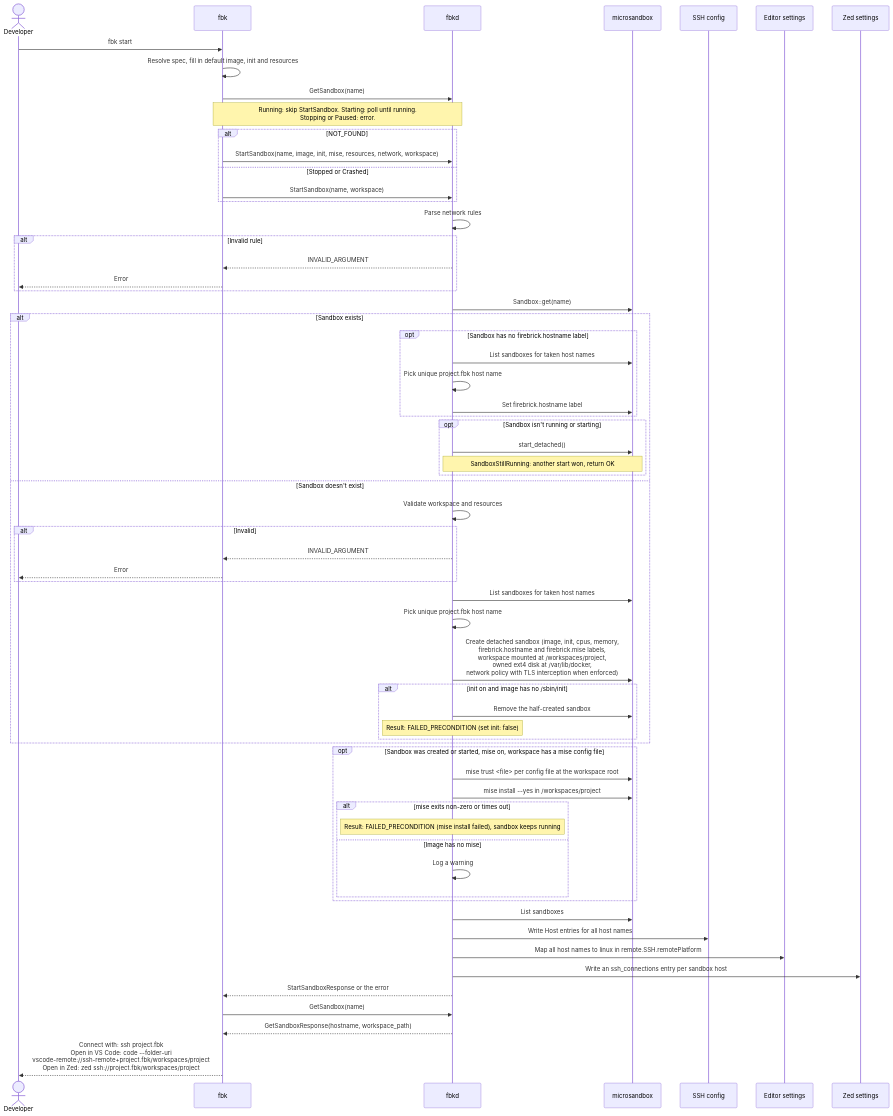
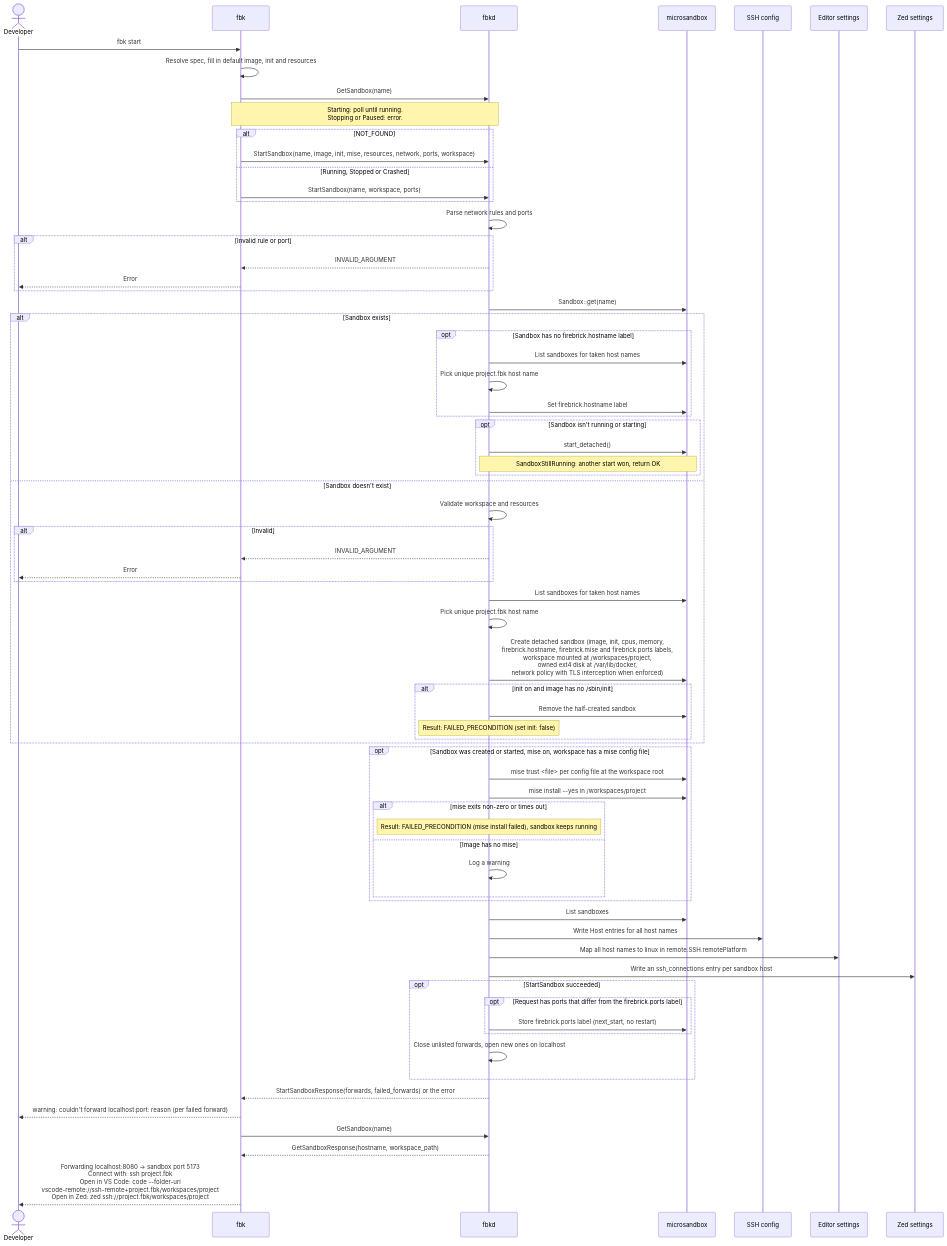
The fourth of 6 diagrams in docs/architecture/06-runtime-view.md (wmeints/anvil), drawn with Mermaid before and after one commit. The commit also changed other lines of this file and 14 other files, not shown here.

First line of the commit message:
feat(daemon): forward host ports to the sandbox from .firebrick.yml

````diff
--- a/docs/architecture/06-runtime-view.md
+++ b/docs/architecture/06-runtime-view.md
@@ -273,70 +321,77 @@
 ```mermaid
 sequenceDiagram
     actor Dev as Developer
     participant CLI as fbk
     participant D as fbkd
     participant MS as microsandbox
     participant SSH as SSH config
     participant Ed as Editor settings
     participant Zed as Zed settings
 
     Dev->>CLI: fbk start
     CLI->>CLI: Resolve spec, fill in default image, init and resources
     CLI->>D: GetSandbox(name)
-    Note over CLI,D: Running: skip StartSandbox. Starting: poll until running.<br/>Stopping or Paused: error.
+    Note over CLI,D: Starting: poll until running.<br/>Stopping or Paused: error.
     alt NOT_FOUND
-        CLI->>D: StartSandbox(name, image, init, mise, resources, network, workspace)
-    else Stopped or Crashed
-        CLI->>D: StartSandbox(name, workspace)
+        CLI->>D: StartSandbox(name, image, init, mise, resources, network, ports, workspace)
+    else Running, Stopped or Crashed
+        CLI->>D: StartSandbox(name, workspace, ports)
     end
-    D->>D: Parse network rules
-    alt Invalid rule
+    D->>D: Parse network rules and ports
+    alt Invalid rule or port
         D-->>CLI: INVALID_ARGUMENT
         CLI-->>Dev: Error
     end
     D->>MS: Sandbox::get(name)
 
     alt Sandbox exists
         opt Sandbox has no firebrick.hostname label
             D->>MS: List sandboxes for taken host names
             D->>D: Pick unique project.fbk host name
             D->>MS: Set firebrick.hostname label
         end
         opt Sandbox isn't running or starting
             D->>MS: start_detached()
             Note over D,MS: SandboxStillRunning: another start won, return OK
         end
     else Sandbox doesn't exist
         D->>D: Validate workspace and resources
         alt Invalid
             D-->>CLI: INVALID_ARGUMENT
             CLI-->>Dev: Error
         end
         D->>MS: List sandboxes for taken host names
         D->>D: Pick unique project.fbk host name
-        D->>MS: Create detached sandbox (image, init, cpus, memory,<br/>firebrick.hostname and firebrick.mise labels,<br/>workspace mounted at /workspaces/project,<br/>owned ext4 disk at /var/lib/docker,<br/>network policy with TLS interception when enforced)
+        D->>MS: Create detached sandbox (image, init, cpus, memory,<br/>firebrick.hostname, firebrick.mise and firebrick.ports labels,<br/>workspace mounted at /workspaces/project,<br/>owned ext4 disk at /var/lib/docker,<br/>network policy with TLS interception when enforced)
         alt init on and image has no /sbin/init
             D->>MS: Remove the half-created sandbox
             Note over D: Result: FAILED_PRECONDITION (set init: false)
         end
     end
 
     opt Sandbox was created or started, mise on, workspace has a mise config file
         D->>MS: mise trust <file> per config file at the workspace root
         D->>MS: mise install --yes in /workspaces/project
         alt mise exits non-zero or times out
             Note over D: Result: FAILED_PRECONDITION (mise install failed), sandbox keeps running
         else Image has no mise
             D->>D: Log a warning
         end
     end
 
     D->>MS: List sandboxes
     D->>SSH: Write Host entries for all host names
     D->>Ed: Map all host names to linux in remote.SSH.remotePlatform
     D->>Zed: Write an ssh_connections entry per sandbox host
-    D-->>CLI: StartSandboxResponse or the error
+    opt StartSandbox succeeded
+        opt Request has ports that differ from the firebrick.ports label
+            D->>MS: Store firebrick.ports label (next_start, no restart)
+        end
+        D->>D: Close unlisted forwards, open new ones on localhost
+    end
+    D-->>CLI: StartSandboxResponse(forwards, failed_forwards) or the error
+    CLI-->>Dev: warning: couldn't forward localhost:port: reason (per failed forward)
     CLI->>D: GetSandbox(name)
     D-->>CLI: GetSandboxResponse(hostname, workspace_path)
-    CLI-->>Dev: Connect with: ssh project.fbk<br/>Open in VS Code: code --folder-uri<br/>vscode-remote://ssh-remote+project.fbk/workspaces/project<br/>Open in Zed: zed ssh://project.fbk/workspaces/project
+    CLI-->>Dev: Forwarding localhost:8080 -> sandbox port 5173<br/>Connect with: ssh project.fbk<br/>Open in VS Code: code --folder-uri<br/>vscode-remote://ssh-remote+project.fbk/workspaces/project<br/>Open in Zed: zed ssh://project.fbk/workspaces/project
 ```
````
